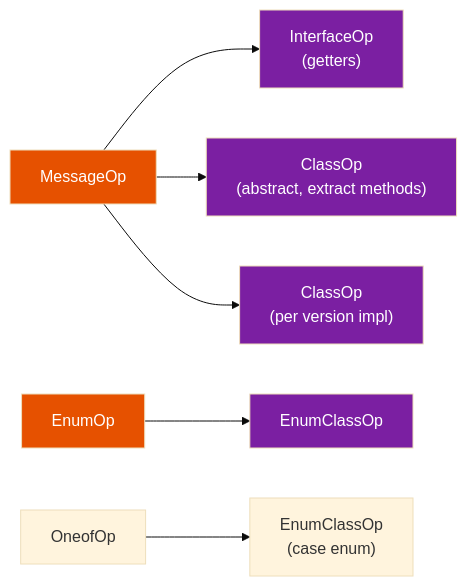
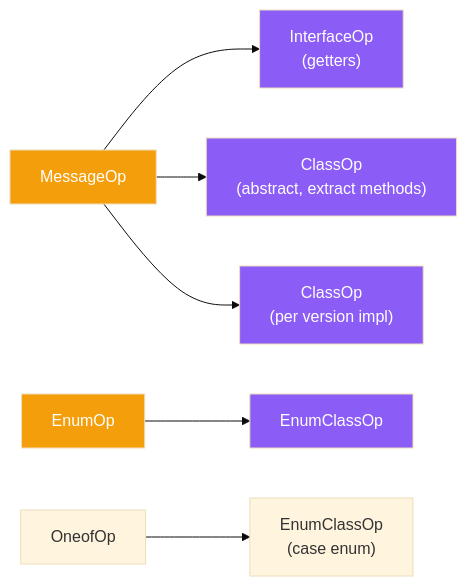
The tenth of 12 diagrams in docs/ARCHITECTURE.md (alnovis/ircraft), drawn with Mermaid (base theme) before and after one commit. The commit also changed other lines of this file and 53 other files, not shown here.

First line of the commit message:
refactor(core): two-level Operation architecture with regions as source of truth

````diff
--- a/docs/ARCHITECTURE.md
+++ b/docs/ARCHITECTURE.md
@@ -174,15 +368,15 @@
 ```mermaid
 flowchart LR
     MSG["MessageOp"] --> IF["InterfaceOp\n(getters)"]
     MSG --> ABS["ClassOp\n(abstract, extract methods)"]
     MSG --> IMPL["ClassOp\n(per version impl)"]
     ENUMOP["EnumOp"] --> ENUMCLS["EnumClassOp"]
     ONEOF["OneofOp"] --> CASE["EnumClassOp\n(case enum)"]
 
-    style MSG fill:#e65100,color:#fff
-    style IF fill:#7b1fa2,color:#fff
-    style ABS fill:#7b1fa2,color:#fff
-    style IMPL fill:#7b1fa2,color:#fff
-    style ENUMOP fill:#e65100,color:#fff
-    style ENUMCLS fill:#7b1fa2,color:#fff
+    style MSG fill:#f59e0b,color:#fff
+    style IF fill:#8b5cf6,color:#fff
+    style ABS fill:#8b5cf6,color:#fff
+    style IMPL fill:#8b5cf6,color:#fff
+    style ENUMOP fill:#f59e0b,color:#fff
+    style ENUMCLS fill:#8b5cf6,color:#fff
 ```
````
